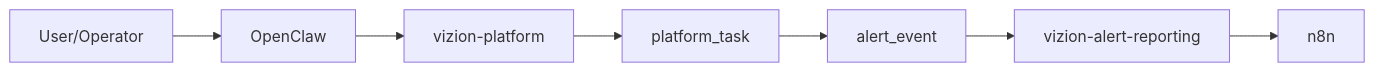
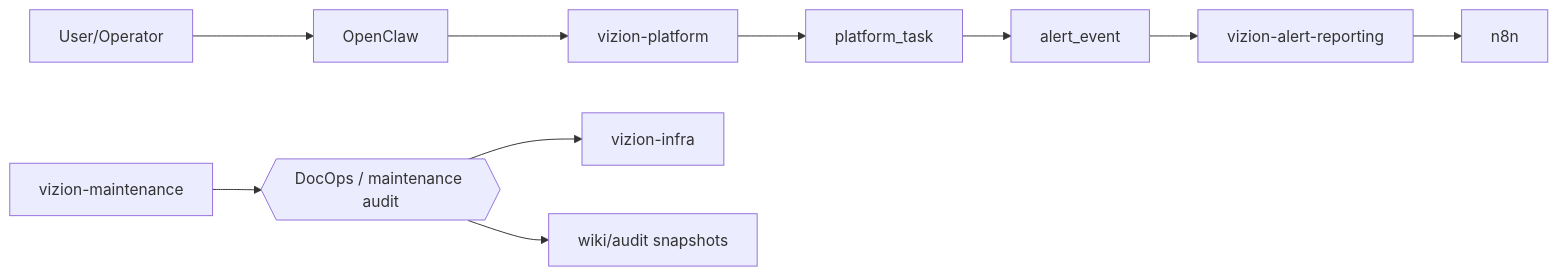
Before and after one commit to VizionCorpAI/vizion-infra: the diagram in wiki/diagrams/execution_flow.mmd, drawn with Mermaid. The commit also changed 45 other files, not shown here.

Commit message:
Add maintenance audit DocOps pipeline

```diff
--- a/wiki/diagrams/execution_flow.mmd
+++ b/wiki/diagrams/execution_flow.mmd
@@ -1,7 +1,10 @@
 flowchart LR
   CHAT[User/Operator] --> OC[OpenClaw]
   OC --> PLATFORM[vizion-platform]
   PLATFORM --> TASKS[platform_task]
   TASKS --> ALERTS[alert_event]
   ALERTS --> FANOUT[vizion-alert-reporting]
   FANOUT --> N8N[n8n]
+  MAINT[vizion-maintenance] --> DOCOPS{{DocOps / maintenance audit}}
+  DOCOPS --> INFRA[vizion-infra]
+  DOCOPS --> AUDIT[wiki/audit snapshots]
```
